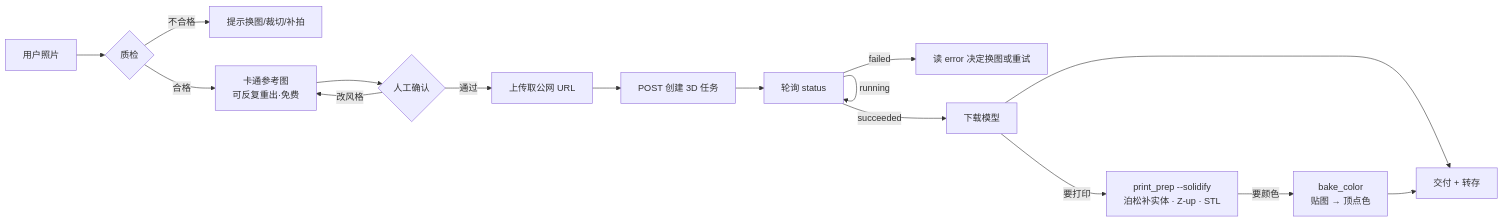
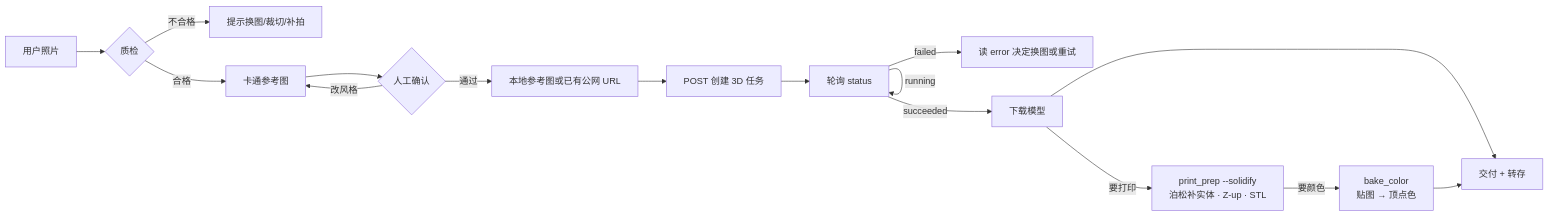
One commit to zgx949/photo-to-3d changed the diagram in docs/architecture.md. Above: the diagram before and after it, drawn with Mermaid. The commit also changed other lines of this file and 8 other files, not shown here.

````diff
--- a/docs/architecture.md
+++ b/docs/architecture.md
@@ -5,18 +5,18 @@
 ```mermaid
 flowchart LR
     A[用户照片] --> B{质检}
     B -- 不合格 --> A2[提示换图/裁切/补拍]
-    B -- 合格 --> C[卡通参考图<br/>可反复重出·免费]
+    B -- 合格 --> C[卡通参考图]
     C --> D{人工确认}
     D -- 改风格 --> C
-    D -- 通过 --> E[上传取公网 URL]
+    D -- 通过 --> E[本地参考图或已有公网 URL]
     E --> F[POST 创建 3D 任务]
     F --> G[轮询 status]
     G -- running --> G
     G -- succeeded --> H[下载模型]
     G -- failed --> I[读 error 决定换图或重试]
     H --> J[交付 + 转存]
     H -- 要打印 --> K[print_prep --solidify<br/>泊松补实体 · Z-up · STL]
     K -- 要颜色 --> L[bake_color<br/>贴图 → 顶点色]
     L --> J
 ```
````
